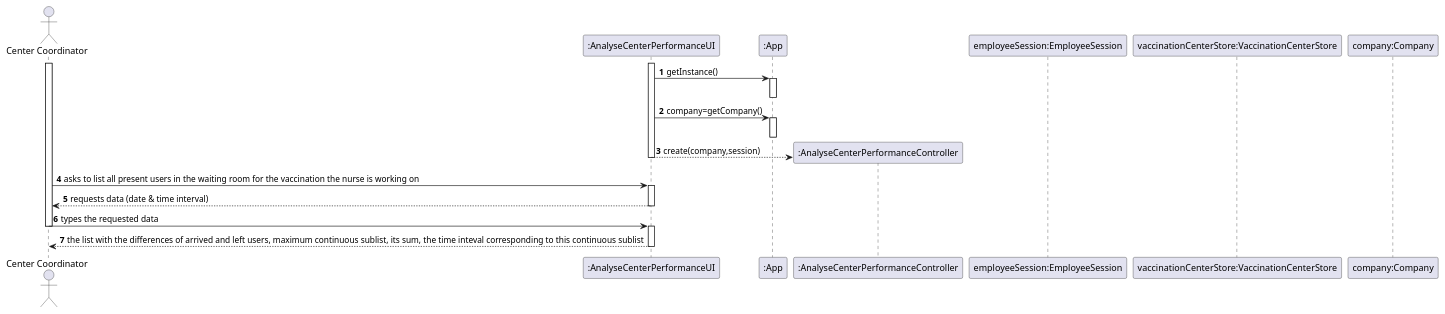
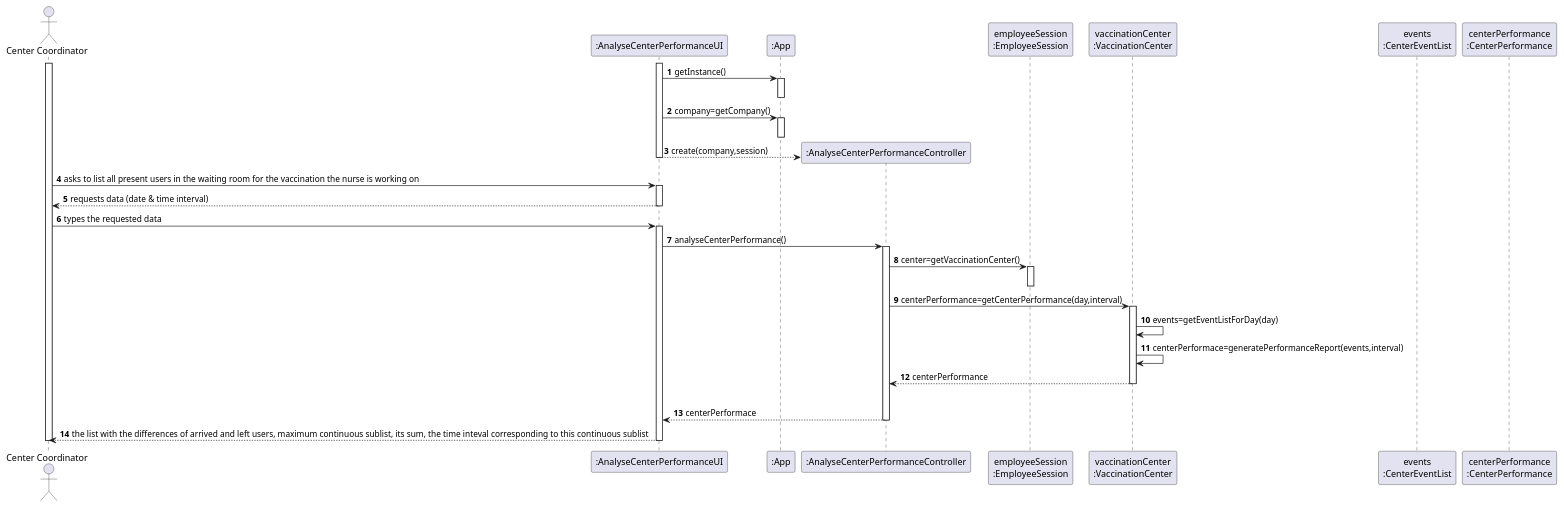
One commit to miseEnPlace-i/lapr2 changed the diagram in docs/SprintD/US16/SD/US16_SD.puml. Above: the diagram before and after it, drawn with PlantUML. The commit also changed 4 other files, not shown here.

```diff
--- a/docs/SprintD/US16/SD/US16_SD.puml
+++ b/docs/SprintD/US16/SD/US16_SD.puml
@@ -1,35 +1,53 @@
 @startuml
 autonumber
 
 actor "Center Coordinator" AS COORD
 participant ":AnalyseCenterPerformanceUI" as UI
 participant ":App" as APP
 
 activate COORD
 activate UI
 UI -> APP : getInstance()
 activate APP
 deactivate APP
 UI -> APP : company=getCompany()
 activate APP
 deactivate APP
 create ":AnalyseCenterPerformanceController" as CTRL
 
 UI --> CTRL : create(company,session)
 deactivate UI
 COORD -> UI : asks to list all present users in the waiting room for the vaccination the nurse is working on
 activate UI
 UI --> COORD : requests data (date & time interval)
 deactivate UI
 COORD -> UI : types the requested data
 
-deactivate COORD
-participant "employeeSession:EmployeeSession" as SESSION
-participant "vaccinationCenterStore:VaccinationCenterStore" as VACCS
-participant "company:Company" as COMP
+
+participant "employeeSession\n:EmployeeSession" as SESSION
+participant "vaccinationCenter\n:VaccinationCenter" as VACC
+participant "events\n:CenterEventList" as EVENTL
+participant "centerPerformance\n:CenterPerformance" as PERF
 
 activate UI
+UI -> CTRL : analyseCenterPerformance()
+
+activate CTRL
+CTRL -> SESSION : center=getVaccinationCenter()
+activate SESSION
+deactivate SESSION
+CTRL -> VACC : centerPerformance=getCenterPerformance(day,interval)
+activate VACC
+VACC -> VACC : events=getEventListForDay(day)
+VACC -> VACC : centerPerformace=generatePerformanceReport(events,interval)
+VACC --> CTRL : centerPerformance
+|||
+deactivate VACC
+CTRL --> UI : centerPerformace
+deactivate CTRL
+
 UI --> COORD : the list with the differences of arrived and left users, maximum continuous sublist, its sum, the time inteval corresponding to this continuous sublist 
 deactivate UI
+deactivate COORD
 
 @enduml
```
